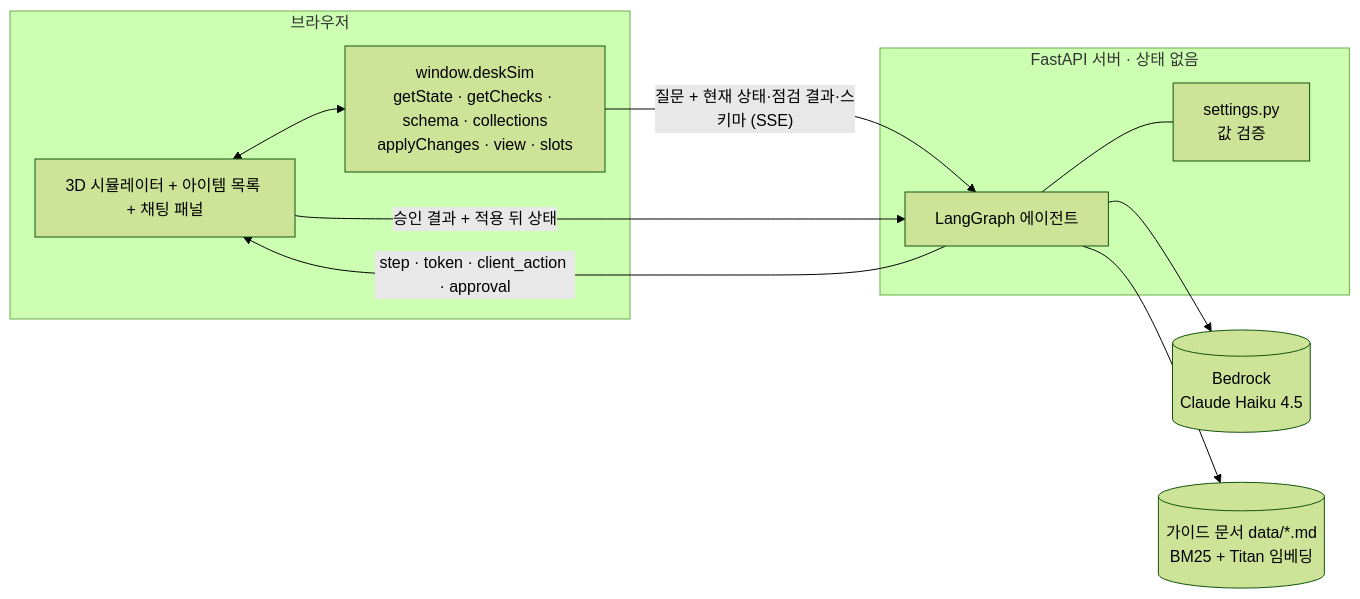
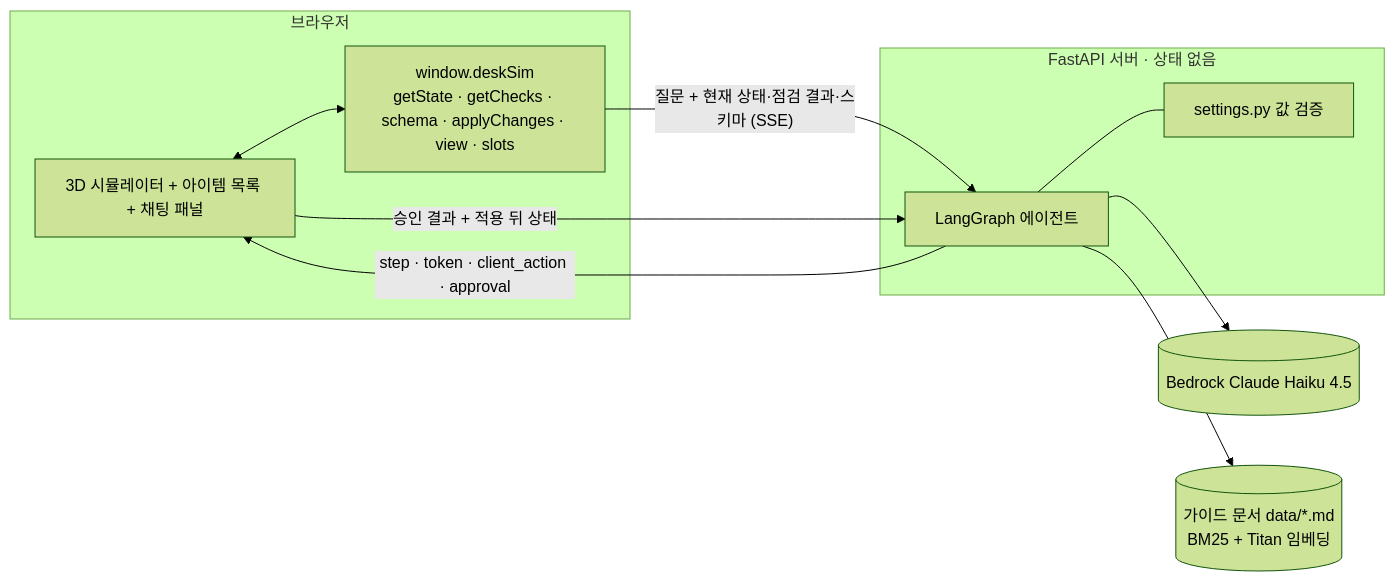
Before and after one commit to vvega-a/desk-simulator: the first of 2 diagrams in README.md, drawn with Mermaid (forest theme). The commit also changed other lines of this file and 1 other file, not shown here.

````diff
--- a/README.md
+++ b/README.md
@@ -25,18 +24,18 @@
 ```mermaid
 flowchart LR
   subgraph B[브라우저]
     UI[3D 시뮬레이터 + 아이템 목록 + 채팅 패널]
-    API["window.deskSim<br/>getState · getChecks · schema · collections<br/>applyChanges · view · slots"]
+    API["window.deskSim<br/>getState · getChecks · schema · applyChanges · view · slots"]
     UI <--> API
   end
   subgraph S[FastAPI 서버 · 상태 없음]
     G[LangGraph 에이전트]
-    V[settings.py<br/>값 검증]
+    V[settings.py 값 검증]
     G --- V
   end
   API -- "질문 + 현재 상태·점검 결과·스키마 (SSE)" --> G
   G -- "step · token · client_action · approval" --> UI
   UI -- "승인 결과 + 적용 뒤 상태" --> G
-  G --> L[(Bedrock<br/>Claude Haiku 4.5)]
+  G --> L[(Bedrock Claude Haiku 4.5)]
   G --> K[(가이드 문서 data/*.md<br/>BM25 + Titan 임베딩)]
 ```
````
